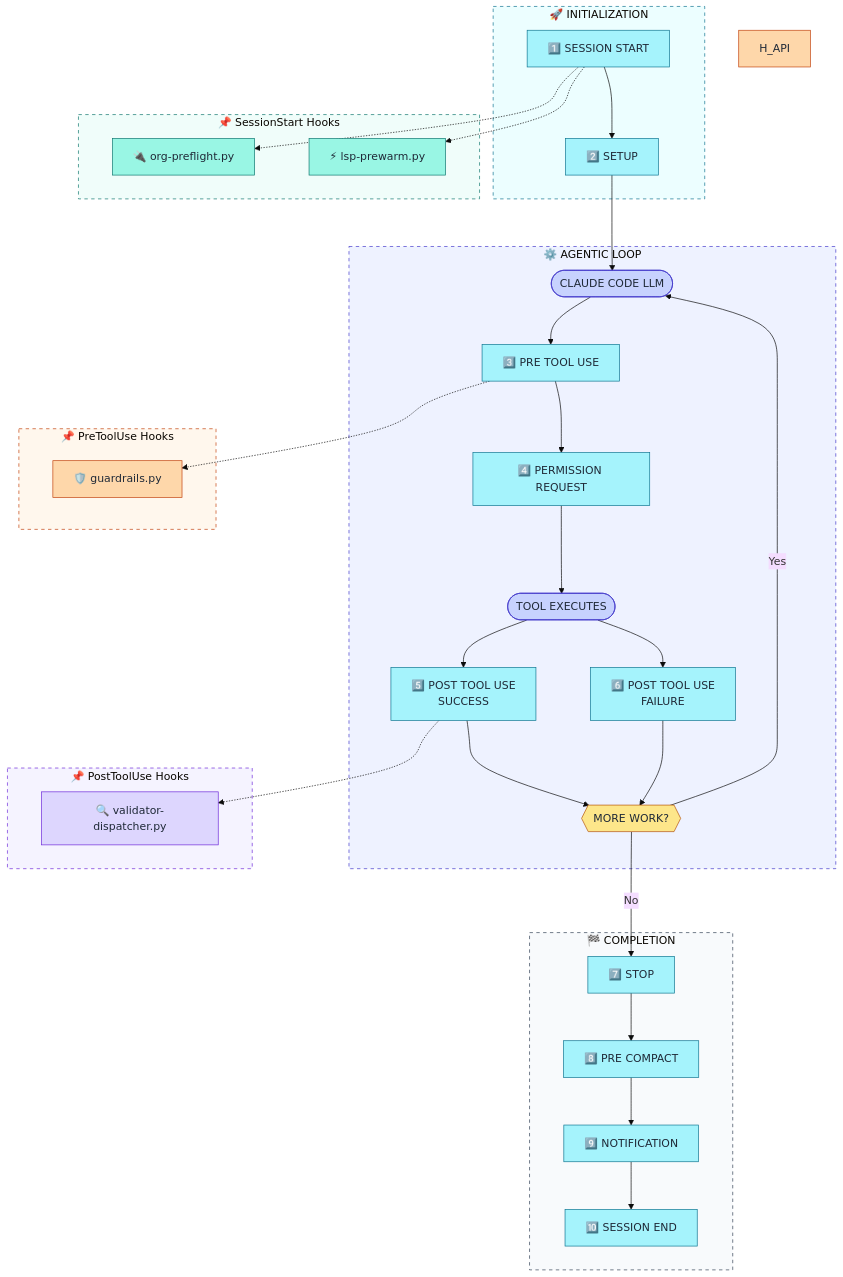
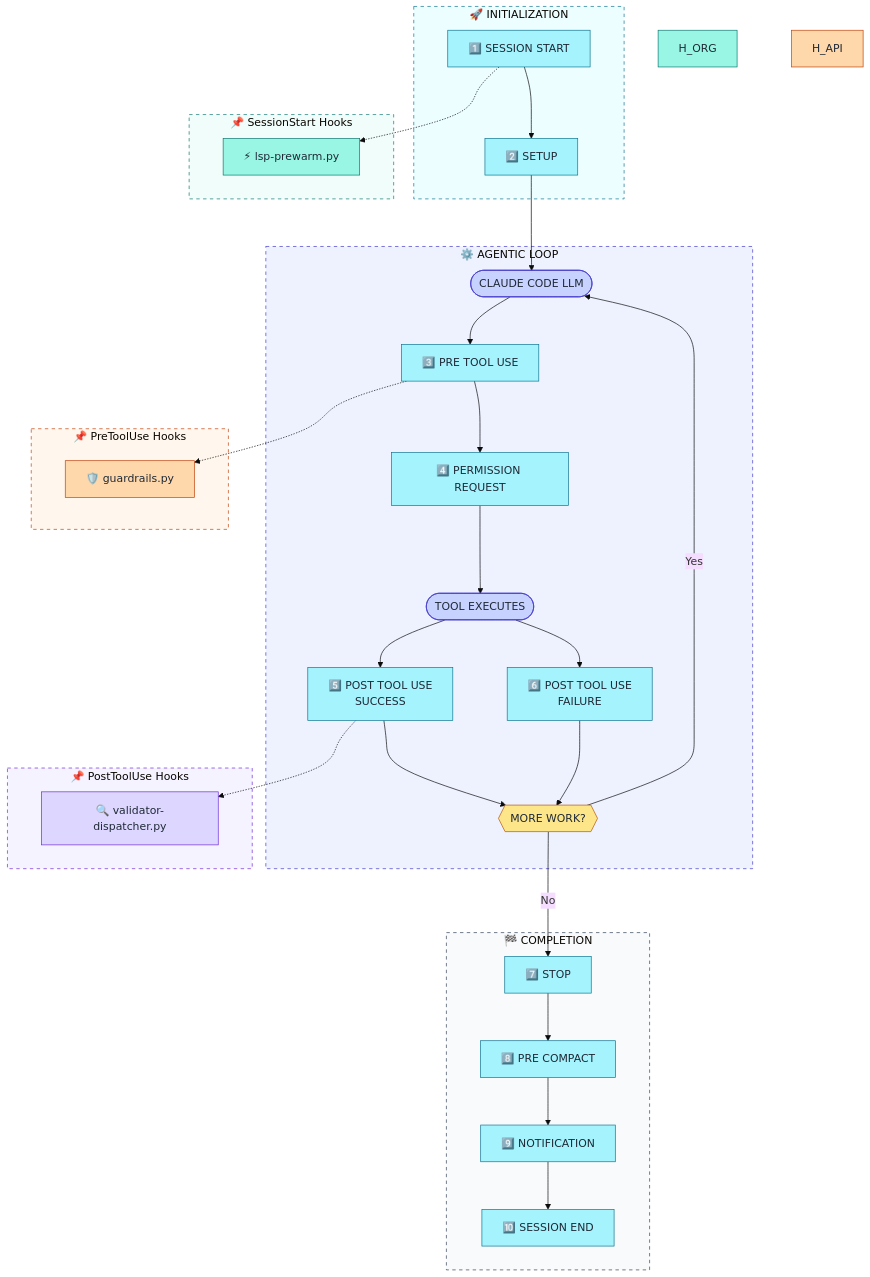
Before and after one commit to DevZonayed/nexalance-skill-jaganpro-sf-skills: the diagram in shared/hooks/docs/hook-lifecycle-diagram.md, drawn with Mermaid (base theme). The commit also changed other lines of this file and 9 other files, not shown here.

First line of the commit message:
chore: remove org-preflight, llm-eval, and check-env-weekly hooks

```diff
--- a/shared/hooks/docs/hook-lifecycle-diagram.md
+++ b/shared/hooks/docs/hook-lifecycle-diagram.md
@@ -15,7 +15,6 @@
     end
 
     subgraph hooks_session["📌 SessionStart Hooks"]
-        H_ORG["🔌 org-preflight.py"]
         H_LSP["⚡ lsp-prewarm.py"]
     end
 
@@ -48,7 +47,6 @@
     S1 --> S2 --> LLM
 
     %% SessionStart hooks
-    S1 -.-> H_ORG
     S1 -.-> H_LSP
 
     %% Agentic Loop
```
